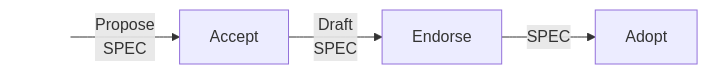
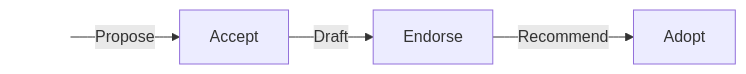
One commit to scientific-python/specs changed the diagram in purpose-and-process/index.md. Above: the diagram before and after it, drawn with Mermaid. The commit also changed other lines of this file and 1 other file, not shown here.

```diff
--- a/purpose-and-process/index.md
+++ b/purpose-and-process/index.md
@@ -120,14 +120,14 @@
 {{<mermaid>}}
 graph LR
 
-START[ ]--> |Propose<br/>SPEC| A[Accept]
-A--> |Draft<br/>SPEC| B[Endorse]
-B--> |SPEC| C[Adopt]
+START[ ]--> |Propose| A[Accept]
+A--> |Draft| B[Endorse]
+B--> |Recommend| C[Adopt]
 
 click A callback "Steering Committee Action"
 click B callback "Core Project Action"
 click C callback "Ecosystem Action"
 
 style START fill:#FFFFFF, stroke:#FFFFFF;
 
 {{</mermaid>}}
```
